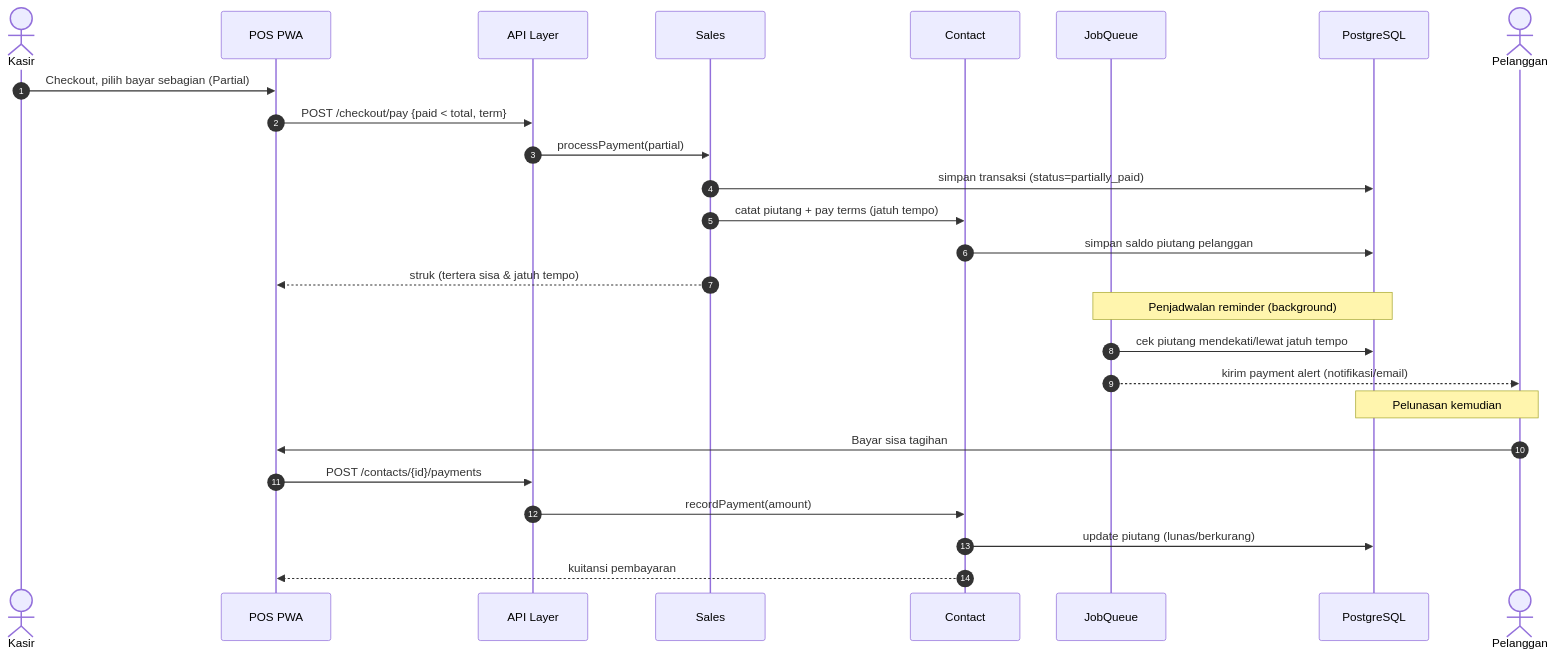
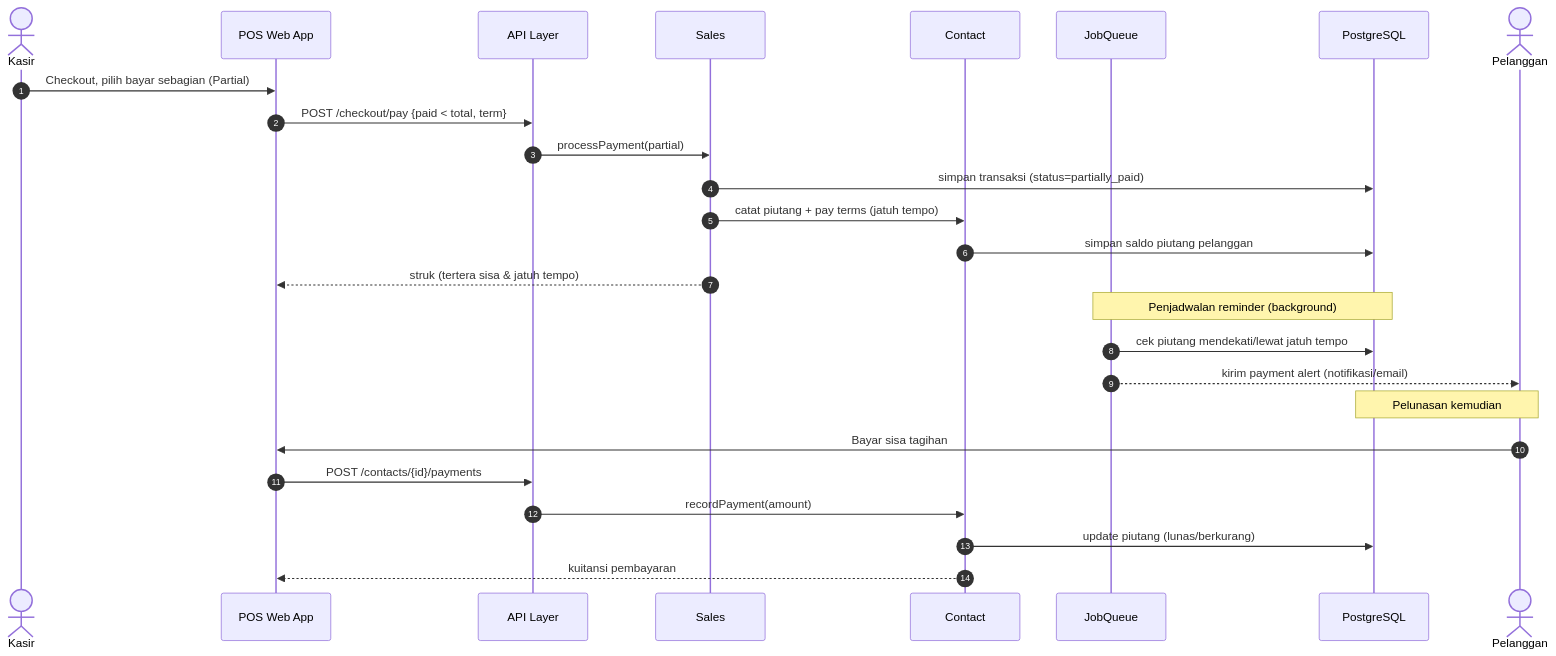
The eighth of 31 diagrams in Sequence_Diagram.md (whaone/POS2026), drawn with Mermaid before and after one commit. The commit also changed other lines of this file and 3 other files, not shown here.

````diff
--- a/Sequence_Diagram.md
+++ b/Sequence_Diagram.md
@@ -299,31 +358,31 @@
 ```mermaid
 sequenceDiagram
     autonumber
     actor Kasir
-    participant PWA as POS PWA
+    participant POS as POS Web App
     participant API as API Layer
     participant SAL as Sales
     participant CON as Contact
     participant JOB as JobQueue
     participant DB as PostgreSQL
     actor Pelanggan
  
-    Kasir->>PWA: Checkout, pilih bayar sebagian (Partial)
-    PWA->>API: POST /checkout/pay {paid < total, term}
+    Kasir->>POS: Checkout, pilih bayar sebagian (Partial)
+    POS->>API: POST /checkout/pay {paid < total, term}
     API->>SAL: processPayment(partial)
     SAL->>DB: simpan transaksi (status=partially_paid)
     SAL->>CON: catat piutang + pay terms (jatuh tempo)
     CON->>DB: simpan saldo piutang pelanggan
-    SAL-->>PWA: struk (tertera sisa & jatuh tempo)
+    SAL-->>POS: struk (tertera sisa & jatuh tempo)
  
     Note over JOB,DB: Penjadwalan reminder (background)
     JOB->>DB: cek piutang mendekati/lewat jatuh tempo
     JOB-->>Pelanggan: kirim payment alert (notifikasi/email)
  
     Note over Pelanggan,DB: Pelunasan kemudian
-    Pelanggan->>PWA: Bayar sisa tagihan
-    PWA->>API: POST /contacts/{id}/payments
+    Pelanggan->>POS: Bayar sisa tagihan
+    POS->>API: POST /contacts/{id}/payments
     API->>CON: recordPayment(amount)
     CON->>DB: update piutang (lunas/berkurang)
-    CON-->>PWA: kuitansi pembayaran
+    CON-->>POS: kuitansi pembayaran
 ```
````
